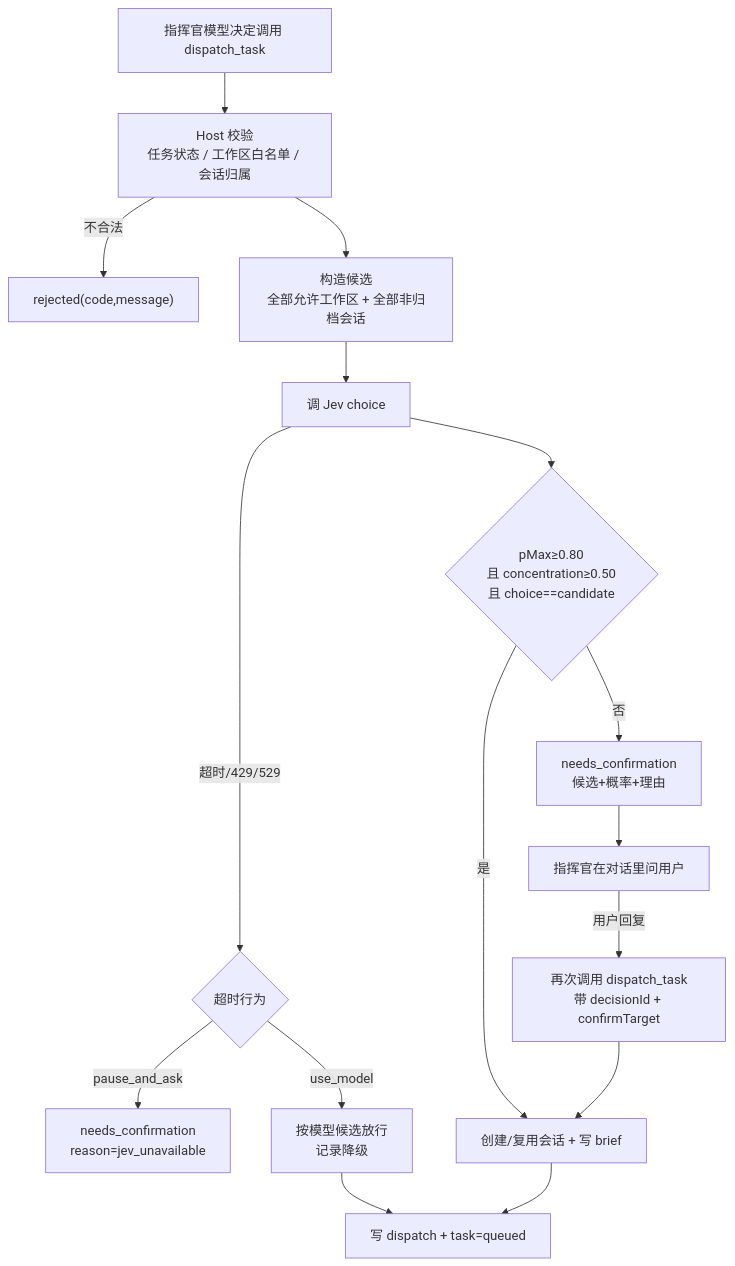
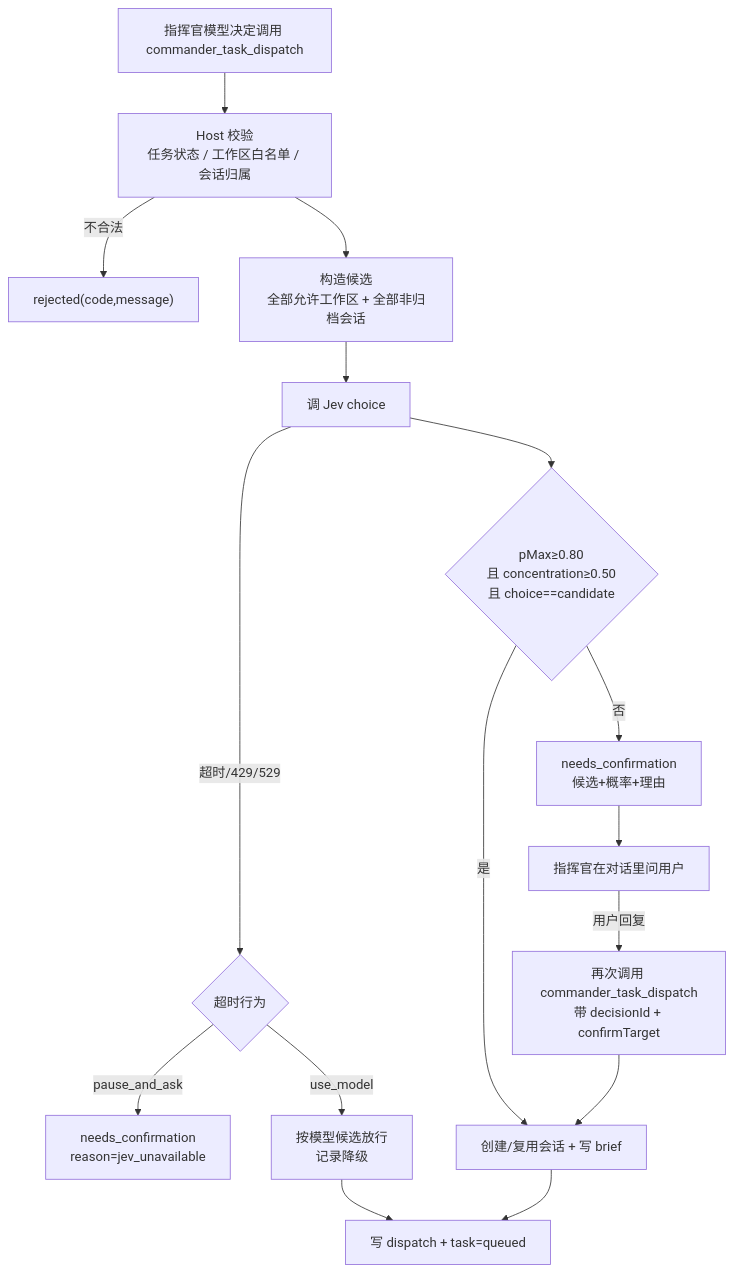
One commit to xx529/dsh-commander changed the fourth of 5 diagrams in docs/ARCHITECTURE.md. Above: the diagram before and after it, drawn with Mermaid. The commit also changed other lines of this file and 442 other files, not shown here.

````diff
--- a/docs/ARCHITECTURE.md
+++ b/docs/ARCHITECTURE.md
@@ -152,18 +153,18 @@
 ```mermaid
 flowchart TD
-  A["指挥官模型决定调用 dispatch_task"] --> B["Host 校验<br/>任务状态 / 工作区白名单 / 会话归属"]
+  A["指挥官模型决定调用 commander_task_dispatch"] --> B["Host 校验<br/>任务状态 / 工作区白名单 / 会话归属"]
   B -->|不合法| E["rejected(code,message)"]
   B --> C["构造候选<br/>全部允许工作区 + 全部非归档会话"]
   C --> D["调 Jev choice"]
   D -->|超时/429/529| F{"超时行为"}
   F -->|pause_and_ask| G["needs_confirmation<br/>reason=jev_unavailable"]
   F -->|use_model| H["按模型候选放行<br/>记录降级"]
   D --> I{"pMax≥0.80<br/>且 concentration≥0.50<br/>且 choice==candidate"}
   I -->|是| J["创建/复用会话 + 写 brief"]
   I -->|否| K["needs_confirmation<br/>候选+概率+理由"]
   K --> L["指挥官在对话里问用户"]
-  L -->|用户回复| M["再次调用 dispatch_task<br/>带 decisionId + confirmTarget"]
+  L -->|用户回复| M["再次调用 commander_task_dispatch<br/>带 decisionId + confirmTarget"]
   M --> J
   J --> O["写 dispatch + task=queued"]
   H --> O
 ```
````
